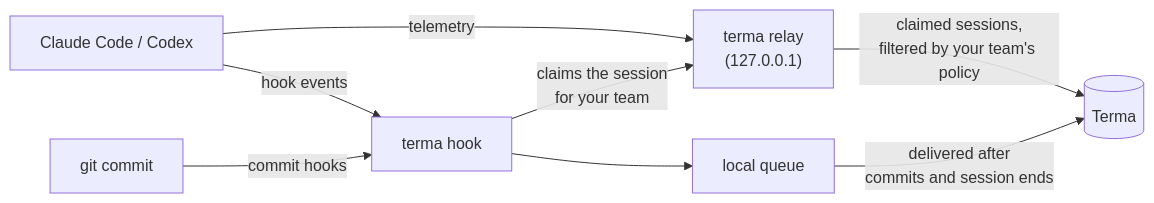
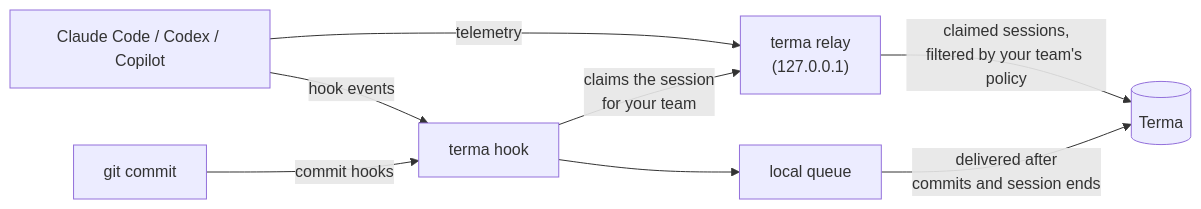
Before and after one commit to miradorlabs/terma-cli: the diagram in README.md, drawn with Mermaid. The commit also changed other lines of this file and 1 other file, not shown here.

Commit message:
docs: GitHub Copilot, and the function that starts its CLI

````diff
--- a/README.md
+++ b/README.md
@@ -82,10 +82,10 @@
 ```mermaid
 flowchart LR
-  agent["Claude Code / Codex"] -- "telemetry" --> relay["terma relay<br/>(127.0.0.1)"]
+  agent["Claude Code / Codex / Copilot"] -- "telemetry" --> relay["terma relay<br/>(127.0.0.1)"]
   agent -- "hook events" --> hook["terma hook"]
   git["git commit"] -- "commit hooks" --> hook
   hook -- "claims the session<br/>for your team" --> relay
   hook --> queue["local queue"]
   relay -- "claimed sessions,<br/>filtered by your team's policy" --> terma[("Terma")]
   queue -- "delivered after<br/>commits and session ends" --> terma
 ```
````
